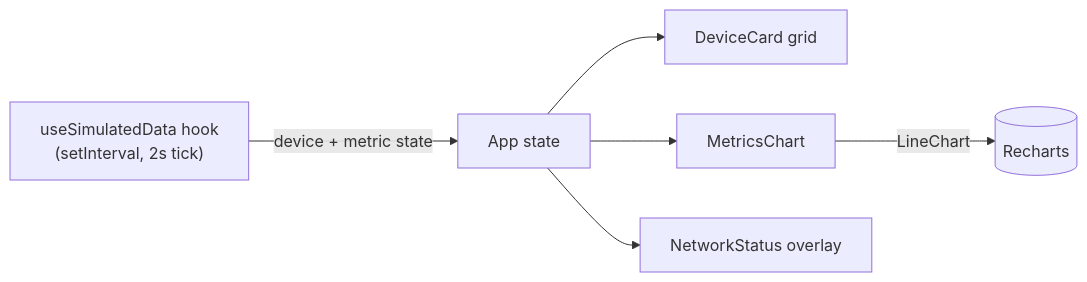
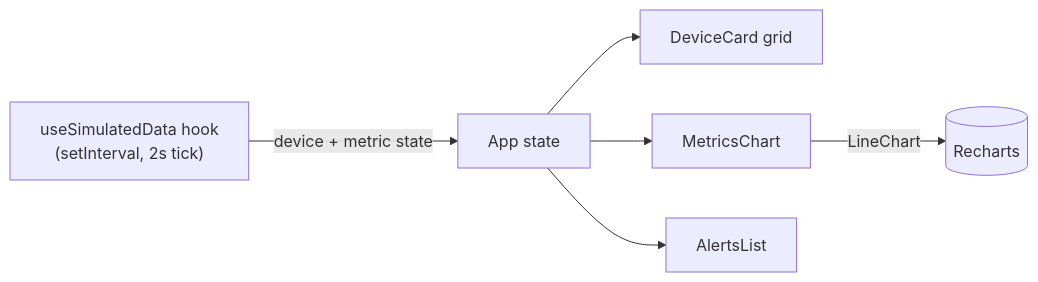
Before and after one commit to Younes-Alaoui-Ismaili/IoT-Simulation-and-Monitoring-System: the diagram in README.md, drawn with Mermaid. The commit also changed other lines of this file and 8 other files, not shown here.

````diff
--- a/README.md
+++ b/README.md
@@ -28,8 +28,8 @@
 ```mermaid
 flowchart LR
     Sim["useSimulatedData hook<br/>(setInterval, 2s tick)"] -->|device + metric state| State[App state]
     State --> Cards[DeviceCard grid]
     State --> Charts[MetricsChart]
+    State --> Alerts[AlertsList]
     Charts -->|LineChart| Recharts[(Recharts)]
-    State --> Net[NetworkStatus overlay]
 ```
````
